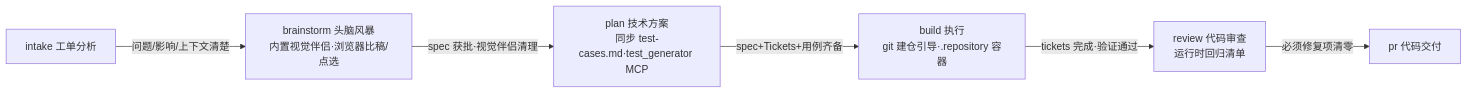
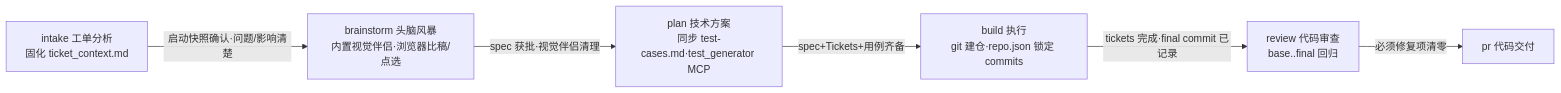
The diagram in README.md (zerotower69/tech-workflow), drawn with Mermaid before and after one commit. The commit also changed other lines of this file and 41 other files, not shown here.

Commit message:
feat: v1.13.0 add persistent context and repo handoff

````diff
--- a/README.md
+++ b/README.md
@@ -21,8 +22,8 @@
 ```mermaid
 flowchart LR
-  A["intake 工单分析"] -->|"问题/影响/上下文清楚"| B["brainstorm 头脑风暴<br/>内置视觉伴侣·浏览器比稿/点选"]
+  A["intake 工单分析<br/>固化 ticket_context.md"] -->|"启动快照确认·问题/影响清楚"| B["brainstorm 头脑风暴<br/>内置视觉伴侣·浏览器比稿/点选"]
   B -->|"spec 获批·视觉伴侣清理"| C["plan 技术方案<br/>同步 test-cases.md·test_generator MCP"]
-  C -->|"spec+Tickets+用例齐备"| D["build 执行<br/>git 建仓引导·.repository 容器"]
-  D -->|"tickets 完成·验证通过"| E["review 代码审查<br/>运行时回归清单"]
+  C -->|"spec+Tickets+用例齐备"| D["build 执行<br/>git 建仓·repo.json 锁定 commits"]
+  D -->|"tickets 完成·final commit 已记录"| E["review 代码审查<br/>base..final 回归"]
   E -->|"必须修复项清零"| F["pr 代码交付"]
 ```
````
